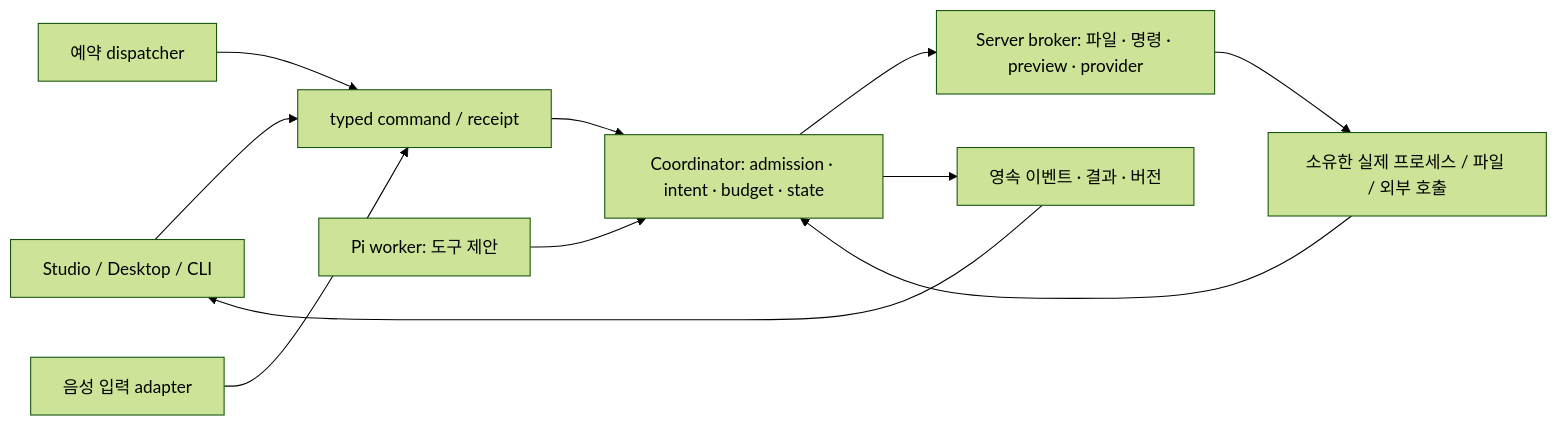
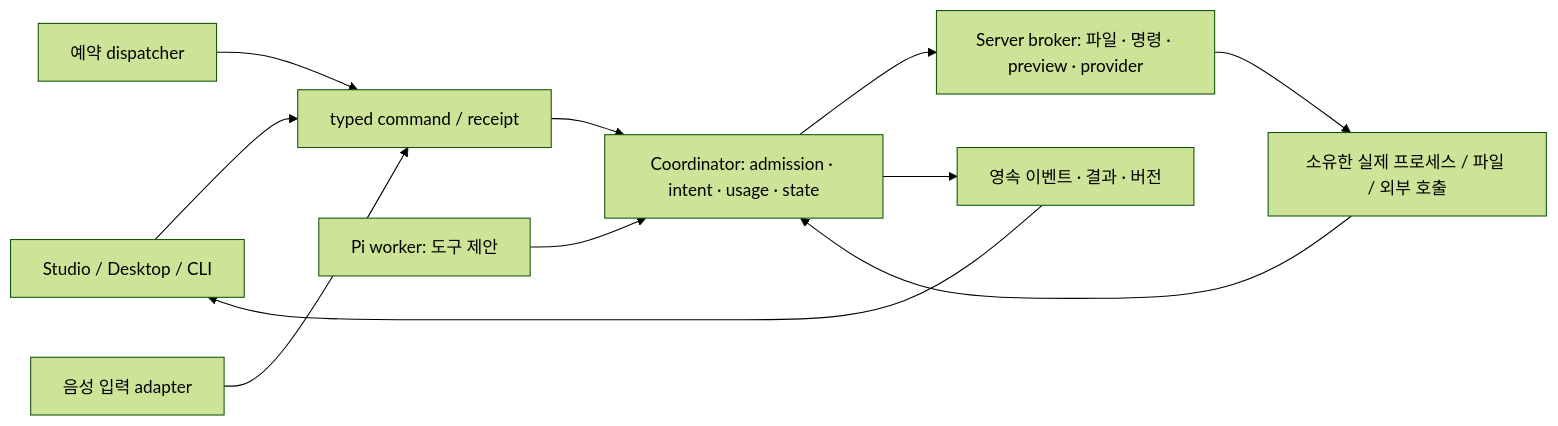
One commit to fromiron/corral changed the diagram in docs/specs/desktop-contract.md. Above: the diagram before and after it, drawn with Mermaid (forest theme). The commit also changed other lines of this file and 19 other files, not shown here.

````diff
--- a/docs/specs/desktop-contract.md
+++ b/docs/specs/desktop-contract.md
@@ -29,13 +29,13 @@
 ```mermaid
 flowchart LR
   UI["Studio / Desktop / CLI"] --> API["typed command / receipt"]
   SCH["예약 dispatcher"] --> API
   VO["음성 입력 adapter"] --> API
-  API --> CO["Coordinator: admission · intent · budget · state"]
+  API --> CO["Coordinator: admission · intent · usage · state"]
   PI["Pi worker: 도구 제안"] --> CO
   CO --> BR["Server broker: 파일 · 명령 · preview · provider"]
   BR --> FX["소유한 실제 프로세스 / 파일 / 외부 호출"]
   FX --> CO
   CO --> DB["영속 이벤트 · 결과 · 버전"]
   DB --> UI
 ```
````
